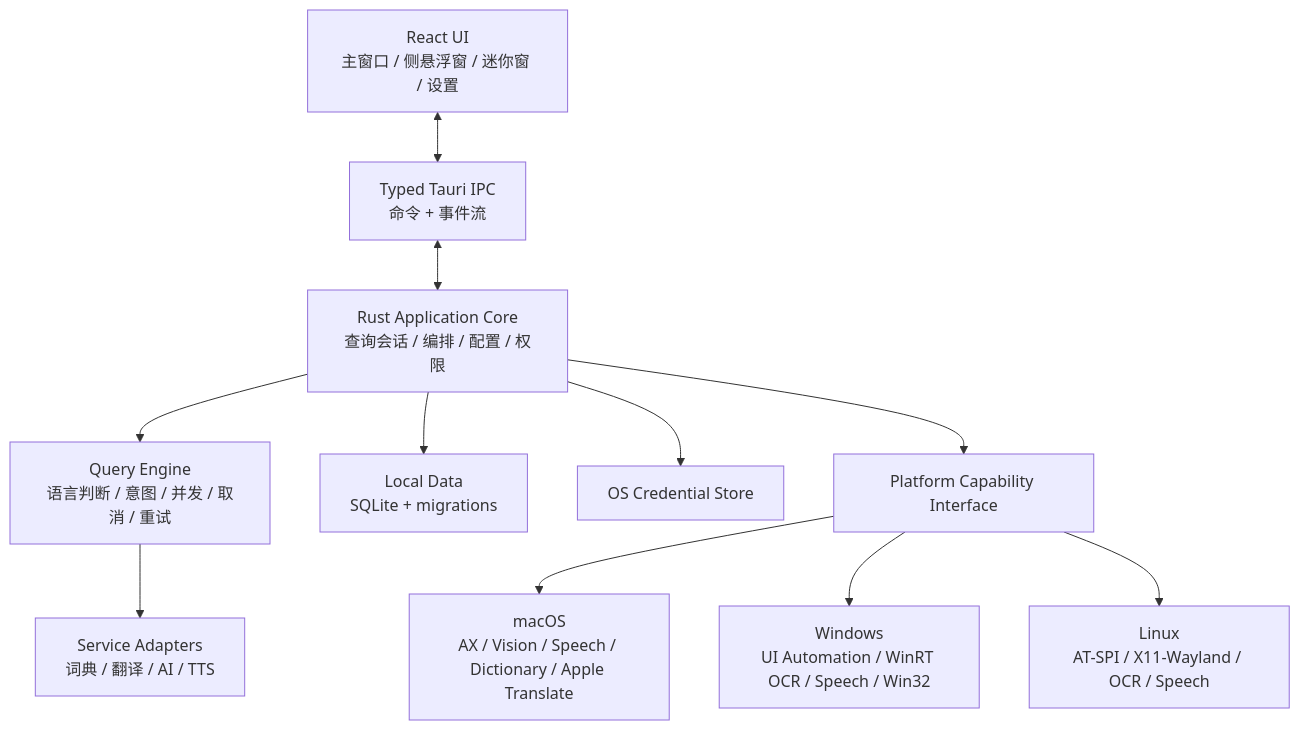
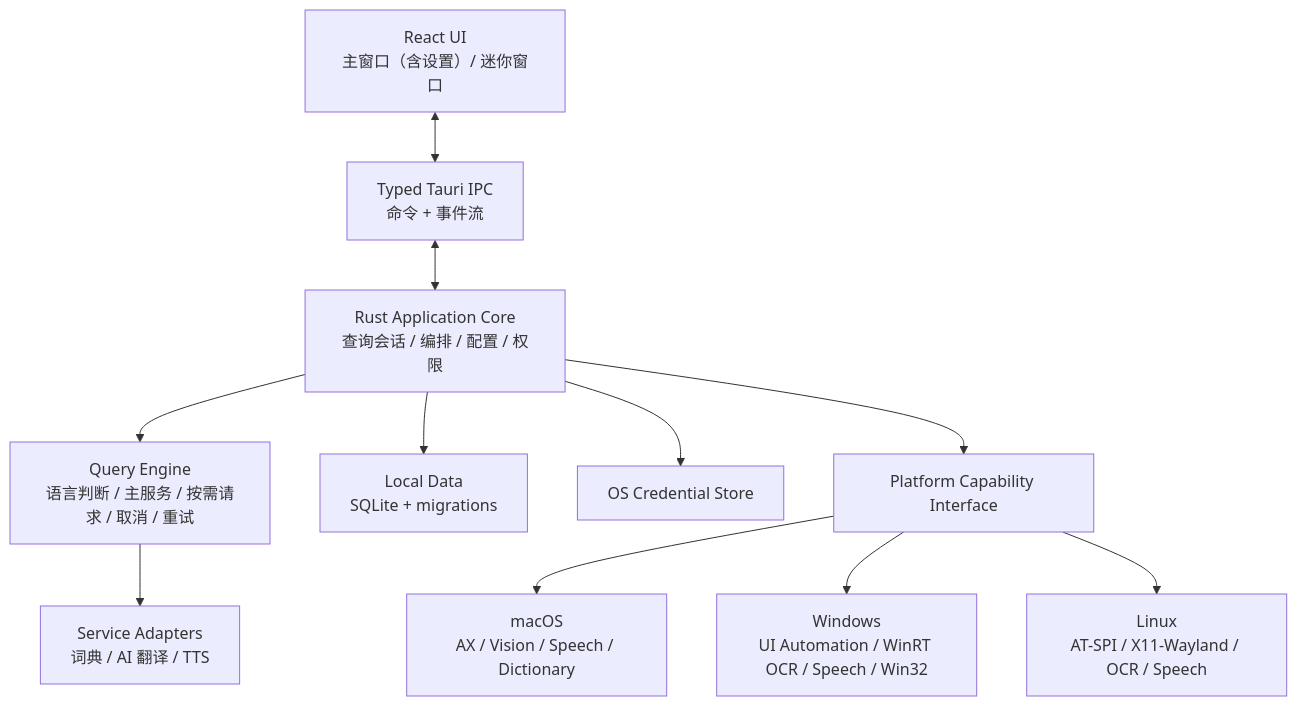
One commit to NotionNest/Evolish changed the diagram in docs/architecture/technology-selection.md. Above: the diagram before and after it, drawn with Mermaid. The commit also changed other lines of this file and 33 other files, not shown here.

````diff
--- a/docs/architecture/technology-selection.md
+++ b/docs/architecture/technology-selection.md
@@ -64,25 +64,25 @@
 ```mermaid
 flowchart TB
-    UI["React UI<br/>主窗口 / 侧悬浮窗 / 迷你窗 / 设置"]
+    UI["React UI<br/>主窗口（含设置）/ 迷你窗口"]
     IPC["Typed Tauri IPC<br/>命令 + 事件流"]
     APP["Rust Application Core<br/>查询会话 / 编排 / 配置 / 权限"]
-    ENGINE["Query Engine<br/>语言判断 / 意图 / 并发 / 取消 / 重试"]
-    SERVICES["Service Adapters<br/>词典 / 翻译 / AI / TTS"]
+    ENGINE["Query Engine<br/>语言判断 / 主服务 / 按需请求 / 取消 / 重试"]
+    SERVICES["Service Adapters<br/>词典 / AI 翻译 / TTS"]
     STORE["Local Data<br/>SQLite + migrations"]
     SECRETS["OS Credential Store"]
     PLATFORM["Platform Capability Interface"]
-    MAC["macOS<br/>AX / Vision / Speech / Dictionary / Apple Translate"]
+    MAC["macOS<br/>AX / Vision / Speech / Dictionary"]
     WIN["Windows<br/>UI Automation / WinRT OCR / Speech / Win32"]
     LINUX["Linux<br/>AT-SPI / X11-Wayland / OCR / Speech"]
 
     UI <--> IPC
     IPC <--> APP
     APP --> ENGINE
     ENGINE --> SERVICES
     APP --> STORE
     APP --> SECRETS
     APP --> PLATFORM
     PLATFORM --> MAC
     PLATFORM --> WIN
     PLATFORM --> LINUX
 ```
````
